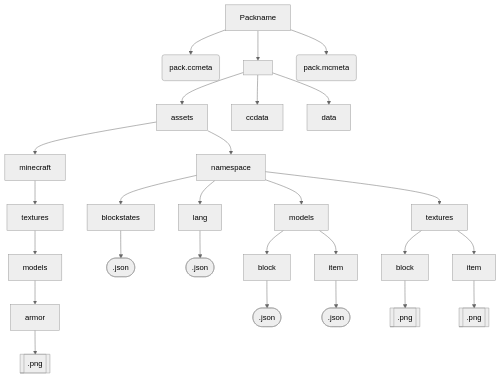
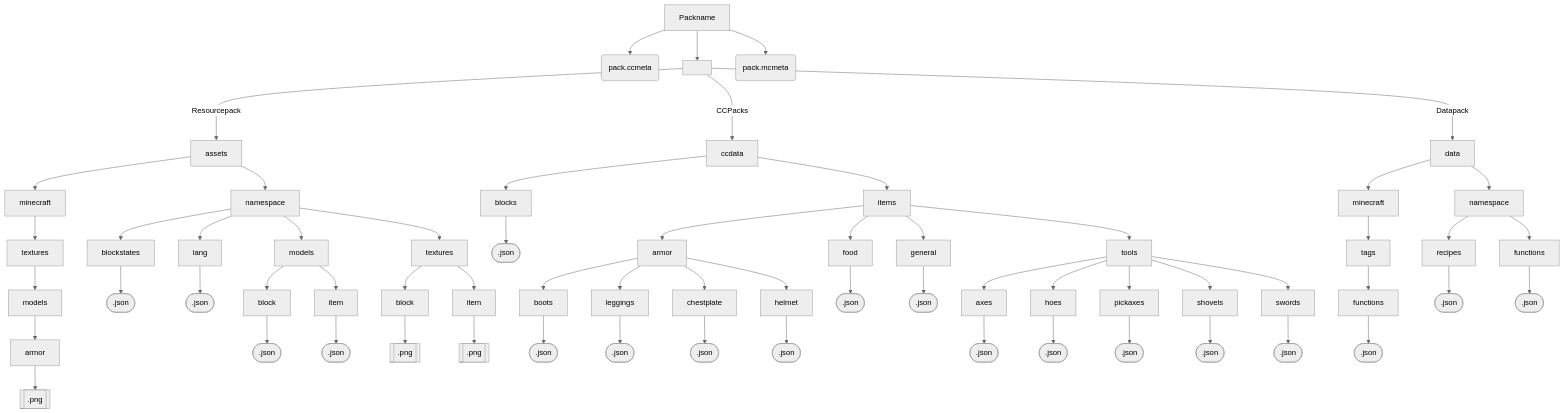
One commit to MisionThi/ccpack-docs changed the diagram in docs/index.md. Above: the diagram before and after it, drawn with Mermaid (neutral theme). The commit also changed 1 other file, not shown here.

Commit message:
home structure

````diff
--- a/docs/index.md
+++ b/docs/index.md
@@ -9,24 +9,42 @@
 ```mermaid
 graph TD
 A[Packname]
 A --> C(pack.ccmeta)
 A --> B[ ]
 A --> D(pack.mcmeta)
 
-B --> E[assets]
-E --> E1[minecraft] --> E1.1[textures] --> E1.2[models] --> E1.3[armor] --> E1.4[[.png]]
-E --> E2[namespace]
-E2 --> E2.1[blockstates] --> E2.1.1([.json])
-E2 --> E2.2[lang] --> E2.2.1([.json])
-E2 --> E2.3[models]
-E2.3 --> E2.3.1[block] --> E2.3.1.1([.json])
-E2.3 --> E2.3.2[item] --> E2.3.2.1([.json])
-E2 --> E2.4[textures]
-E2.4 --> E2.4.1[block] --> E2.4.1.1[[.png]]
-E2.4 --> E2.4.2[item] --> E2.4.2.1[[.png]]
+B -- Resourcepack ---> E[assets]
+  E --> E1[minecraft] --> E1.1[textures] --> E1.2[models] --> E1.3[armor] --> E1.4[[.png]]
+  E --> E2[namespace]
+    E2 --> E2.1[blockstates] --> E2.1.1([.json])
+    E2 --> E2.2[lang] --> E2.2.1([.json])
+    E2 --> E2.3[models]
+      E2.3 --> E2.3.1[block] --> E2.3.1.1([.json])
+      E2.3 --> E2.3.2[item] --> E2.3.2.1([.json])
+    E2 --> E2.4[textures]
+      E2.4 --> E2.4.1[block] --> E2.4.1.1[[.png]]
+      E2.4 --> E2.4.2[item] --> E2.4.2.1[[.png]]
 
-B --> F[ccdata]
+B -- CCPacks ---> F[ccdata]
+F --> FA[blocks] --> FAA([.json])
+  F --> FB[items]
+    FB --> FBA[armor]
+      FBA --> FBAA[boots] --> FBAAA([.json])
+      FBA --> FBAB[leggings] --> FBABA([.json])
+      FBA --> FBAC[chestplate] --> FBACA([.json])
+      FBA --> FBAD[helmet] --> FBADA([.json])
+    FB --> FBB[food] --> FBBA([.json])
+    FB --> FBC[general] --> FBCA([.json])
+    FB --> FBD[tools]
+      FBD --> FBDA[axes] --> FBDAA([.json])
+      FBD --> FBDB[hoes] --> FBDBA([.json])
+      FBD --> FBDC[pickaxes] --> FBDCA([.json])
+      FBD --> FBDD[shovels] --> FBDDA([.json])
+      FBD --> FBDE[swords] --> FBDEA([.json])
 
-
-B --> G[data]
+B -- Datapack ---> G[data]
+  G --> GA[minecraft] --> GAA[tags] --> GAAA[functions] --> GAAAA([.json])
+  G --> GB[namespace]
+    GB --> GBA[recipes] --> GBAA([.json])
+    GB --> GBB[functions] -->GBBA([.json])
 ```
````
